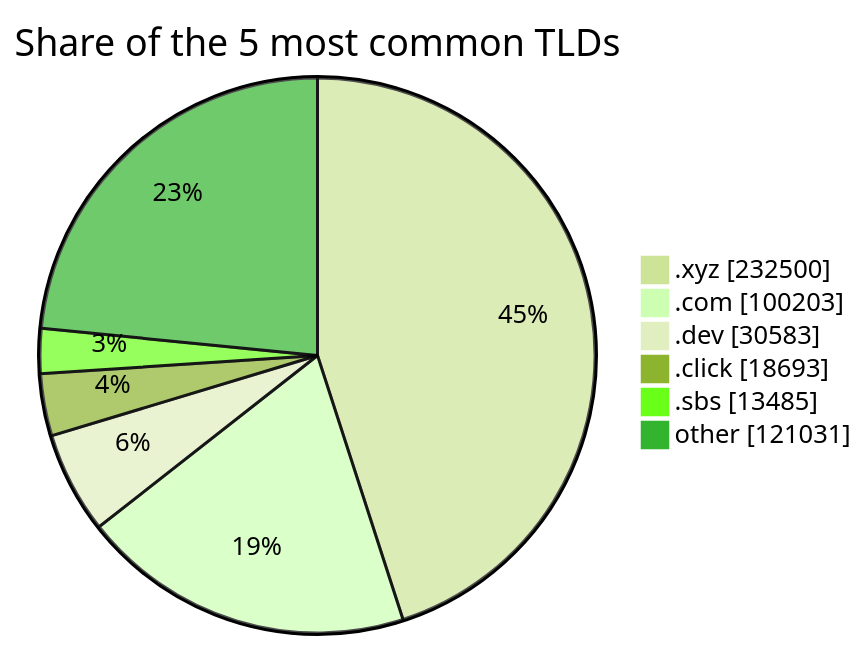
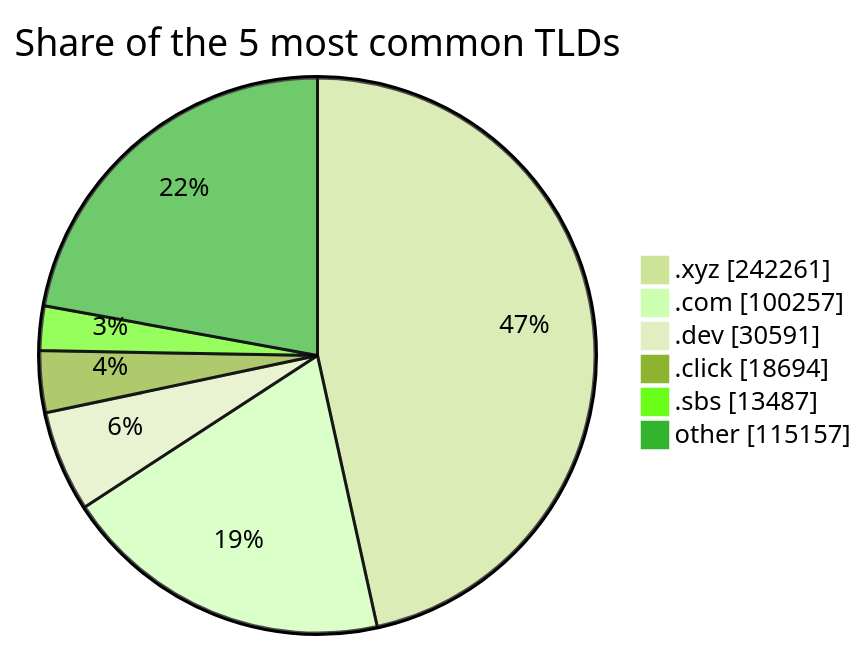
One commit to DNSBunker/CTI changed the third of 3 diagrams in README.md. Above: the diagram before and after it, drawn with Mermaid (forest theme). The commit also changed other lines of this file and 3 other files, not shown here.

````diff
--- a/README.md
+++ b/README.md
@@ -81,9 +81,9 @@
 ```mermaid
 pie showData title Share of the 5 most common TLDs
-    ".xyz" : 232500
-    ".com" : 100203
-    ".dev" : 30583
-    ".click" : 18693
-    ".sbs" : 13485
-    "other" : 121031
+    ".xyz" : 242261
+    ".com" : 100257
+    ".dev" : 30591
+    ".click" : 18694
+    ".sbs" : 13487
+    "other" : 115157
 ```
````
